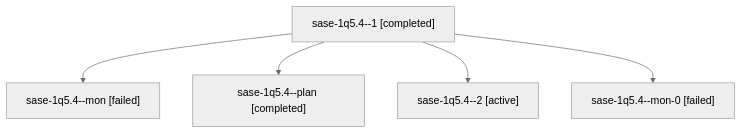
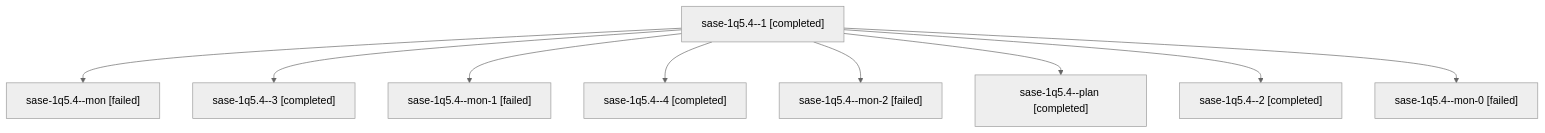
Before and after one commit to sase-org/sase--agents: the diagram in sessions/bbugyi200.athena.sase-1q5.4.md, drawn with Mermaid (neutral theme). The commit also changed other lines of this file and 58 other files, not shown here.

````diff
--- a/sessions/bbugyi200.athena.sase-1q5.4.md
+++ b/sessions/bbugyi200.athena.sase-1q5.4.md
@@ -9,12 +9,20 @@
 ```mermaid
 flowchart TD
   n0["sase-1q5.4--1 [completed]"]
   n1["sase-1q5.4--mon [failed]"]
   n0 --> n1
-  n2["sase-1q5.4--plan [completed]"]
+  n2["sase-1q5.4--3 [completed]"]
   n0 --> n2
-  n3["sase-1q5.4--2 [active]"]
+  n3["sase-1q5.4--mon-1 [failed]"]
   n0 --> n3
-  n4["sase-1q5.4--mon-0 [failed]"]
+  n4["sase-1q5.4--4 [completed]"]
   n0 --> n4
+  n5["sase-1q5.4--mon-2 [failed]"]
+  n0 --> n5
+  n6["sase-1q5.4--plan [completed]"]
+  n0 --> n6
+  n7["sase-1q5.4--2 [completed]"]
+  n0 --> n7
+  n8["sase-1q5.4--mon-0 [failed]"]
+  n0 --> n8
 ```
````
